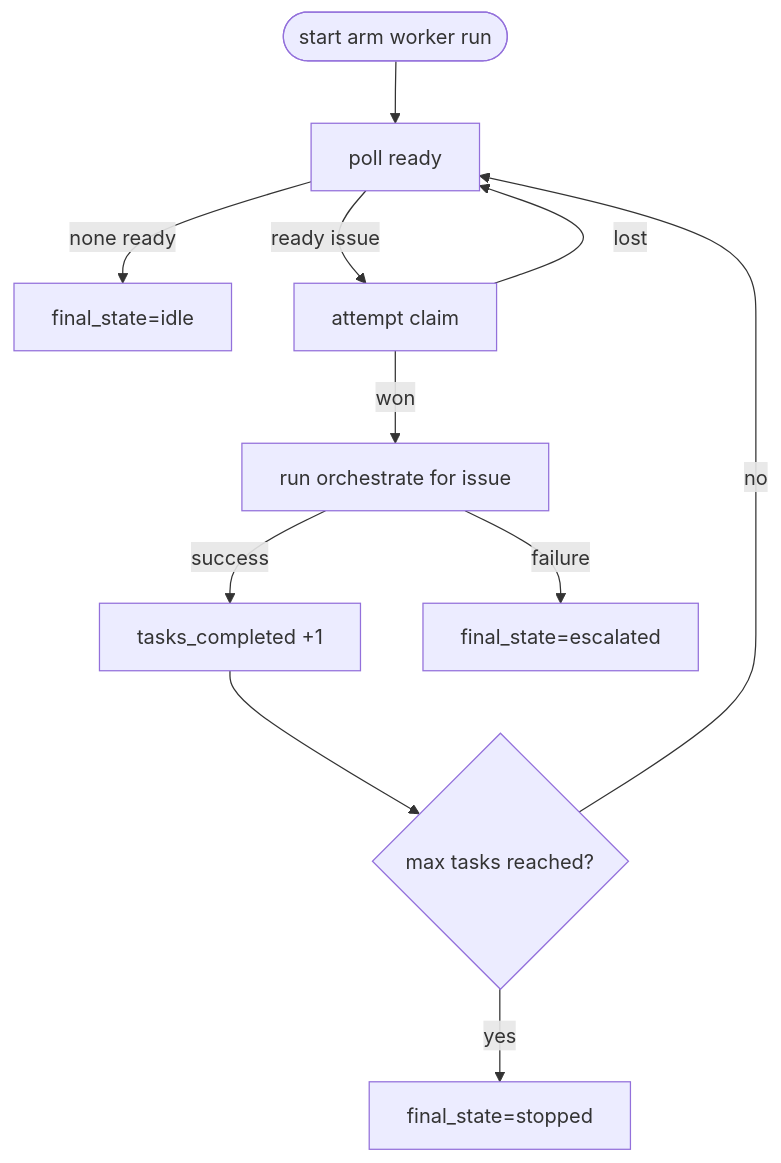
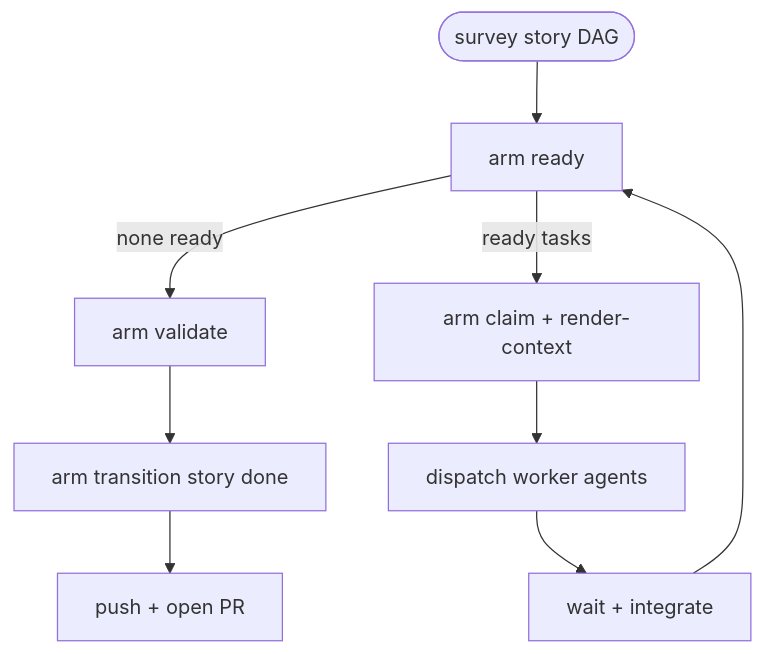
Before and after one commit to scullxbones/armature: the second of 2 diagrams in README.md, drawn with Mermaid. The commit also changed other lines of this file and 39 other files, not shown here.

````diff
--- a/README.md
+++ b/README.md
@@ -49,13 +47,11 @@
 ```mermaid
 flowchart TD
-    S([start arm worker run]) --> P[poll ready]
-    P -->|none ready| I[final_state=idle]
-    P -->|ready issue| C[attempt claim]
-    C -->|lost| P
-    C -->|won| E[run orchestrate for issue]
-    E -->|success| D[tasks_completed +1]
-    D --> L{max tasks reached?}
-    L -->|no| P
-    L -->|yes| T[final_state=stopped]
-    E -->|failure| X[final_state=escalated]
+    S([survey story DAG]) --> R[arm ready]
+    R -->|none ready| V[arm validate]
+    R -->|ready tasks| C[arm claim + render-context]
+    C --> D[dispatch worker agents]
+    D --> I[wait + integrate]
+    I --> R
+    V --> T[arm transition story done]
+    T --> PR[push + open PR]
 ```
````
